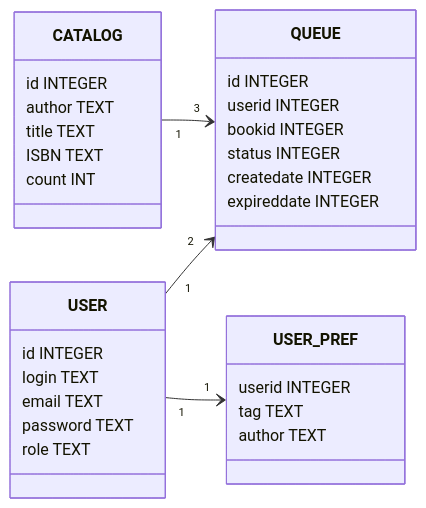
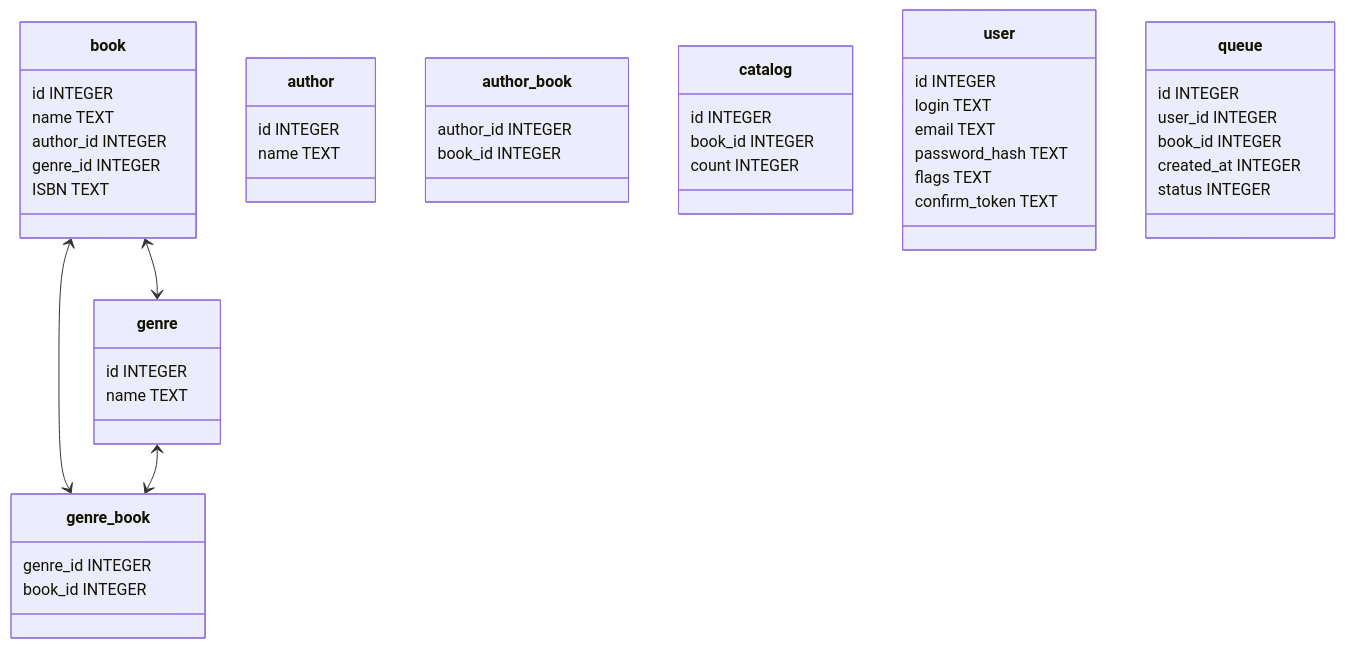
Before and after one commit to Ki4EH/lib-service: the first of 2 diagrams in README.md, drawn with Mermaid.

Commit message:
Обновлена схема базы данных

````diff
--- a/README.md
+++ b/README.md
@@ -25,42 +25,60 @@
 ```mermaid
 classDiagram
-direction LR
-class USER{
+direction TB
+
+book <--> genre 
+book <--> genre_book
+genre <--> genre_book
+
+class author{
+    id INTEGER
+    name TEXT
+}
+
+class book{
+    id INTEGER
+    name TEXT
+    author_id INTEGER
+    genre_id INTEGER
+    ISBN TEXT
+}
+
+class genre{
+    id INTEGER
+    name TEXT
+}
+
+class genre_book{
+    genre_id INTEGER
+    book_id INTEGER
+}
+
+class author_book{
+    author_id INTEGER
+    book_id INTEGER
+}
+
+class catalog{
+    id INTEGER
+    book_id INTEGER
+    count INTEGER
+}
+
+class user{
     id INTEGER
     login TEXT
     email TEXT
-    password TEXT
-    role TEXT
+    password_hash TEXT
+    flags TEXT
+    confirm_token TEXT
 }
 
-direction LR
-class CATALOG{
+class queue{
     id INTEGER
-    author TEXT
-    title TEXT
-    ISBN TEXT
-    count INT
+    user_id INTEGER
+    book_id INTEGER
+    created_at INTEGER
+    status INTEGER
 }
 
-direction LR
-class QUEUE{
-    id INTEGER
-    userid INTEGER
-    bookid INTEGER
-    status INTEGER
-    createdate INTEGER
-    expireddate INTEGER
-}
-
-direction LR
-class USER_PREF{
-    userid INTEGER
-    tag TEXT
-    author TEXT
-}
-
-USER "1" --> "2" QUEUE
-CATALOG "1" --> "3" QUEUE
-USER "1" --> "1" USER_PREF
-
 ```
````
